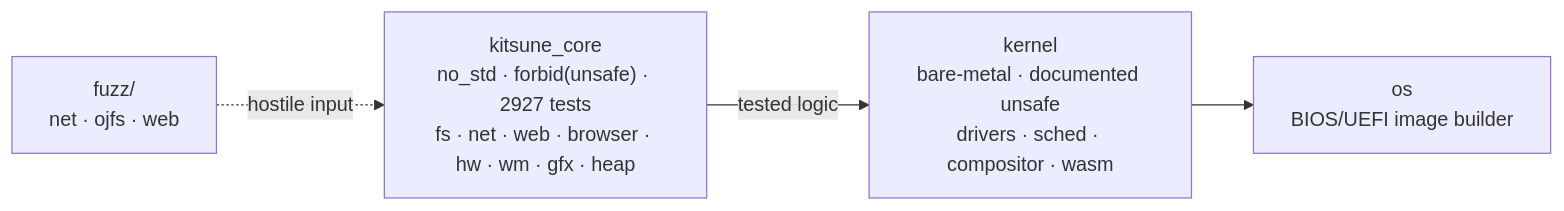
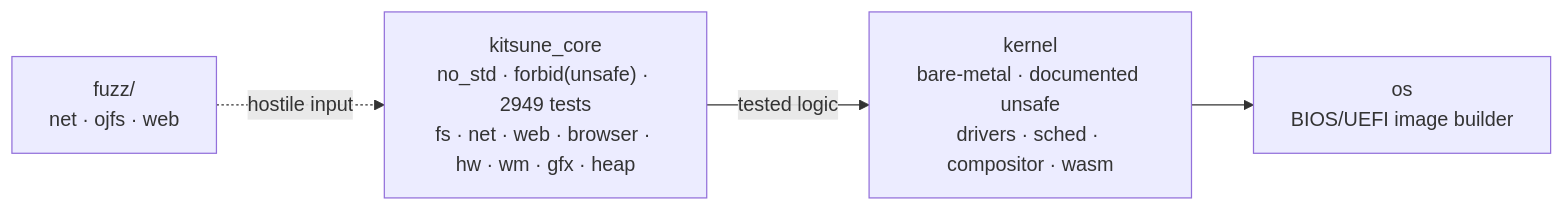
Before and after one commit to Jeffinp/OSjeff: the diagram in README.en.md, drawn with Mermaid. The commit also changed other lines of this file and 6 other files, not shown here.

````diff
--- a/README.en.md
+++ b/README.en.md
@@ -104,9 +106,9 @@
 ```mermaid
 flowchart LR
-    CORE["kitsune_core<br/>no_std · forbid(unsafe) · 2927 tests<br/>fs · net · web · browser · hw · wm · gfx · heap"]
+    CORE["kitsune_core<br/>no_std · forbid(unsafe) · 2949 tests<br/>fs · net · web · browser · hw · wm · gfx · heap"]
     KERNEL["kernel<br/>bare-metal · documented unsafe<br/>drivers · sched · compositor · wasm"]
     OS["os<br/>BIOS/UEFI image builder"]
     FUZZ["fuzz/<br/>net · ojfs · web"]
     CORE -->|tested logic| KERNEL --> OS
     FUZZ -.->|hostile input| CORE
 ```
````
